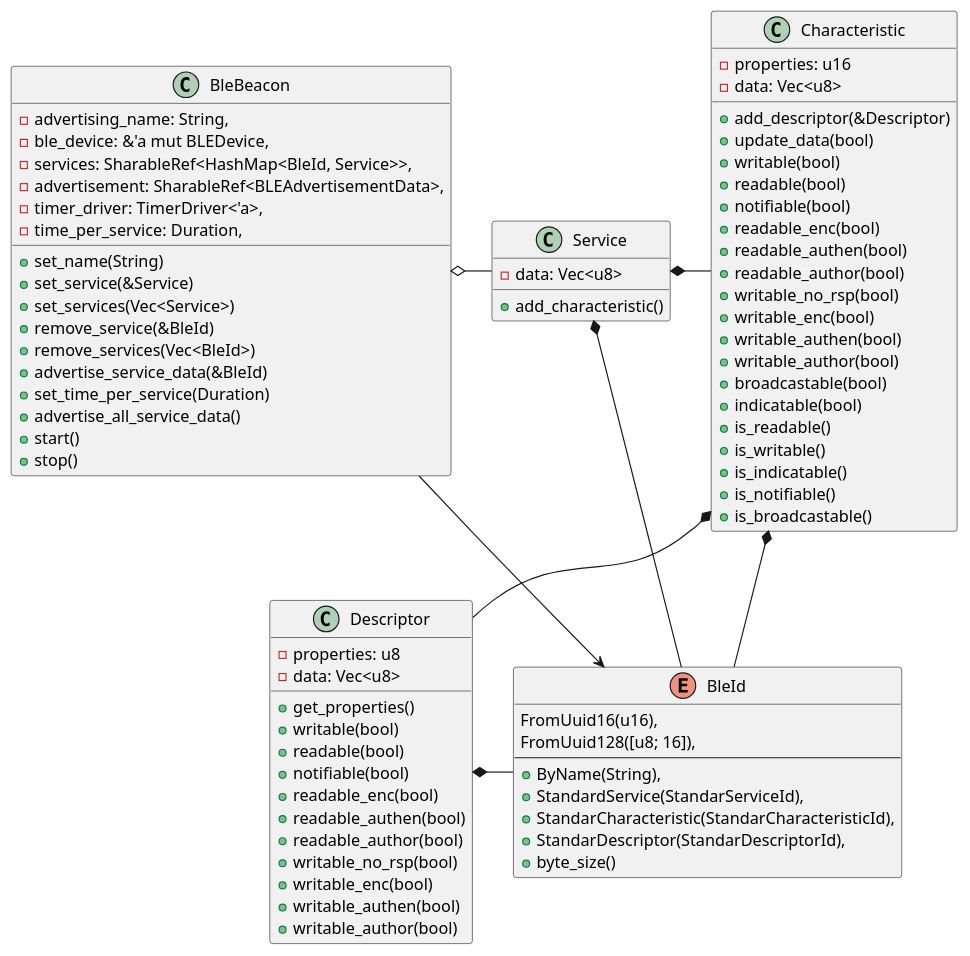
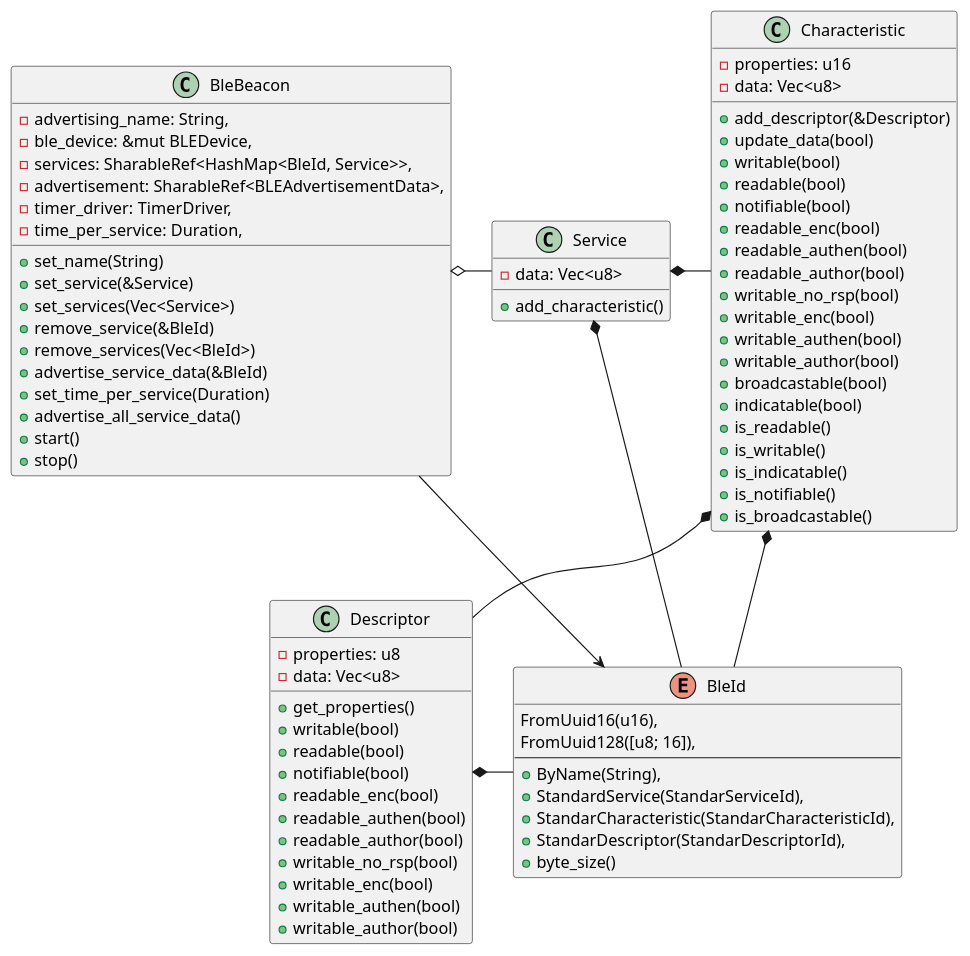
The diagram in diagrams/ble-beacon.puml (esp32framework/esp32framework), drawn with PlantUML before and after one commit. The commit also changed 3 other files, not shown here.

Commit message:
Diagram update digital out

```diff
--- a/diagrams/ble-beacon.puml
+++ b/diagrams/ble-beacon.puml
@@ -1,86 +1,86 @@
 @startuml Ble Beacon
 
 class BleBeacon{
     - advertising_name: String,
-    - ble_device: &'a mut BLEDevice,
+    - ble_device: &mut BLEDevice,
     - services: SharableRef<HashMap<BleId, Service>>,
     - advertisement: SharableRef<BLEAdvertisementData>,
-    - timer_driver: TimerDriver<'a>,
+    - timer_driver: TimerDriver,
     - time_per_service: Duration,
     + set_name(String)
     + set_service(&Service)
     + set_services(Vec<Service>)
     + remove_service(&BleId)
     + remove_services(Vec<BleId>)
     + advertise_service_data(&BleId)
     + set_time_per_service(Duration)
     + advertise_all_service_data()
     + start()
     + stop()
 }
 
 enum BleId {
     FromUuid16(u16),
     FromUuid128([u8; 16]),
     --
     + ByName(String),
     + StandardService(StandarServiceId),
     + StandarCharacteristic(StandarCharacteristicId),
     + StandarDescriptor(StandarDescriptorId),
     + byte_size()
 }
 
 class Service {
     - data: Vec<u8>
     + add_characteristic()
     
 } 
 
 class Characteristic{
     - properties: u16
     - data: Vec<u8>
     + add_descriptor(&Descriptor)
     + update_data(bool)
     + writable(bool)
     + readable(bool)
     + notifiable(bool)
     + readable_enc(bool)
     + readable_authen(bool)
     + readable_author(bool)
     + writable_no_rsp(bool)
     + writable_enc(bool)
     + writable_authen(bool)
     + writable_author(bool)
     + broadcastable(bool)
     + indicatable(bool)
     + is_readable()
     + is_writable()
     + is_indicatable()
     + is_notifiable()
     + is_broadcastable()
 }
 
 class Descriptor{
     - properties: u8
     - data: Vec<u8>
     + get_properties()
     + writable(bool)
     + readable(bool)
     + notifiable(bool)
     + readable_enc(bool)
     + readable_authen(bool)
     + readable_author(bool)
     + writable_no_rsp(bool)
     + writable_enc(bool)
     + writable_authen(bool)
     + writable_author(bool)
 }
 
 BleBeacon -> BleId
 BleBeacon o- Service
 Service *- Characteristic
 Service *-- BleId
 Characteristic *- Descriptor
 Characteristic *-- BleId
 Descriptor *- BleId
 @enduml
```
